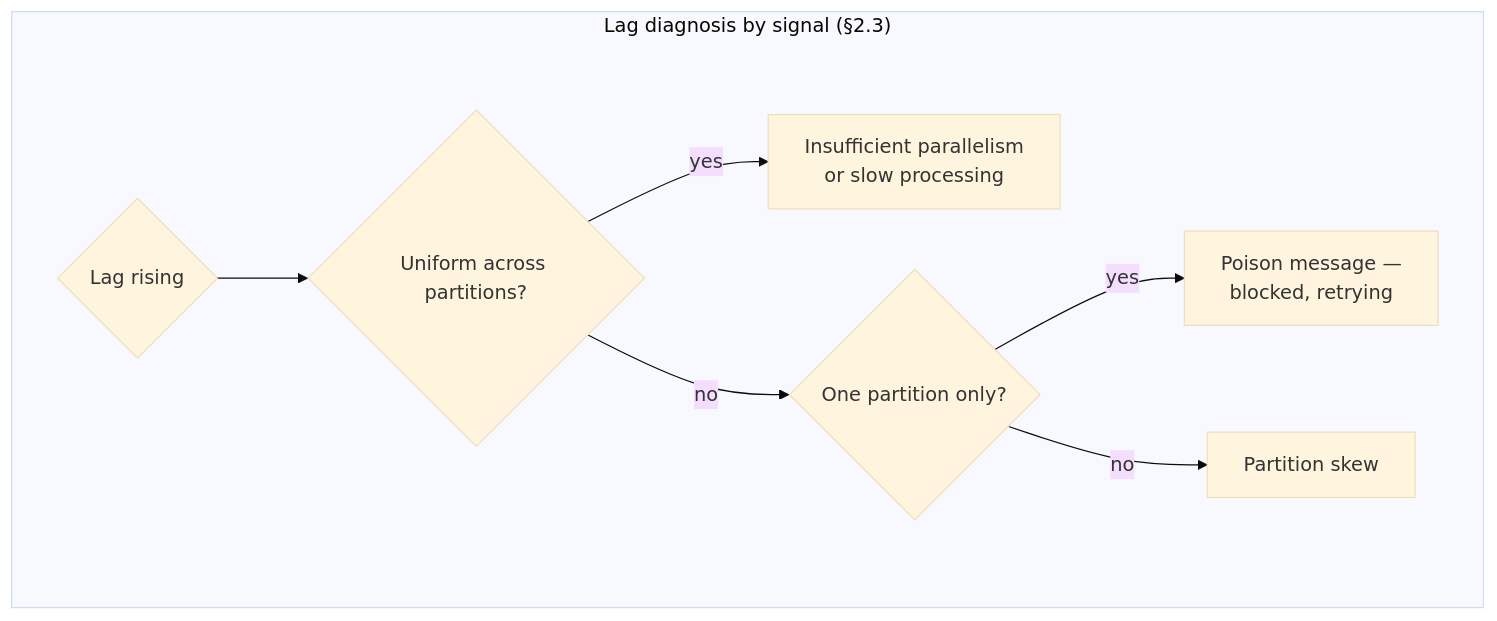
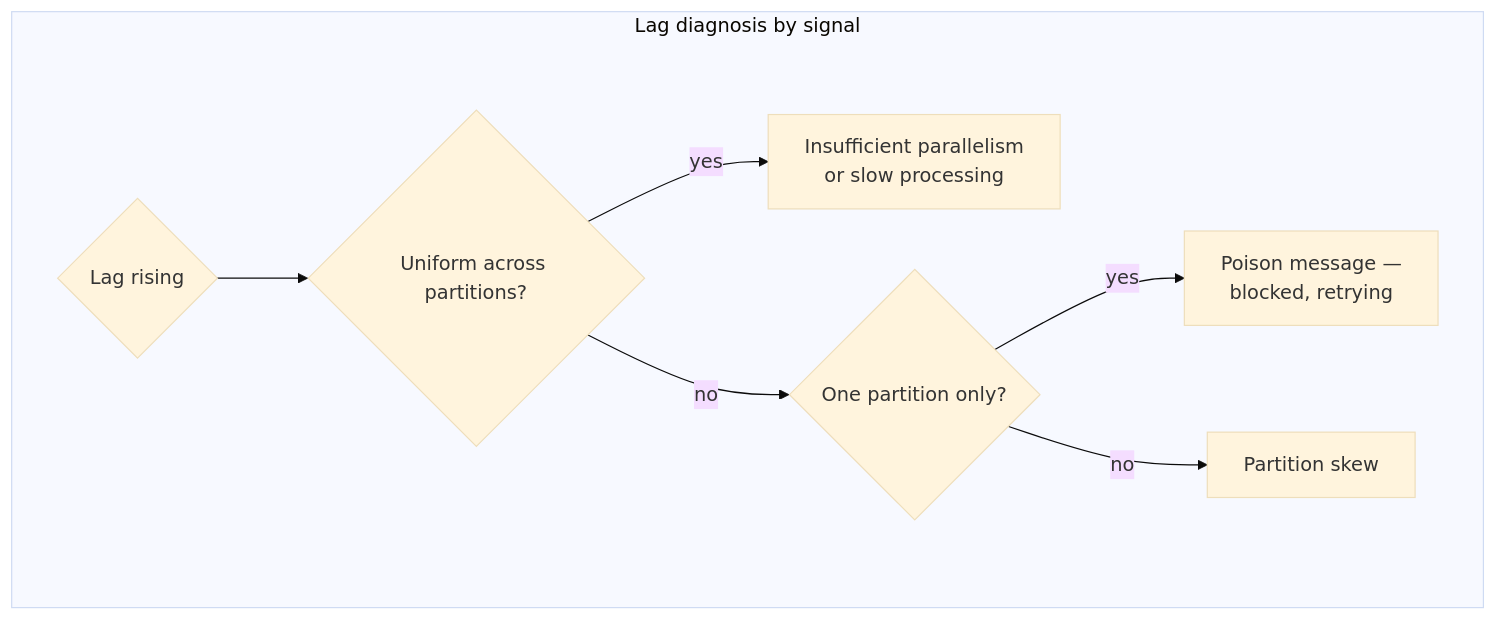
One commit to umashankarp/InterviewQuestions changed the second of 4 diagrams in 18-Event-Driven-Architecture/04-Backpressure-Flow-Control-Consumer-Lag.md. Above: the diagram before and after it, drawn with Mermaid (base theme). The commit also changed other lines of this file and 173 other files, not shown here.

````diff
--- a/18-Event-Driven-Architecture/04-Backpressure-Flow-Control-Consumer-Lag.md
+++ b/18-Event-Driven-Architecture/04-Backpressure-Flow-Control-Consumer-Lag.md
@@ -81,10 +81,10 @@
 ```mermaid
 graph TB
-    subgraph "Lag diagnosis by signal (§2.3)"
-        L{Lag rising} --> U{Uniform across partitions?}
-        U -->|yes| S1[Insufficient parallelism<br/>or slow processing]
-        U -->|no| S2{One partition only?}
-        S2 -->|yes| P1[Poison message —<br/>blocked, retrying]
-        S2 -->|no| P2[Partition skew]
-    end
+ subgraph "Lag diagnosis by signal"
+ L{Lag rising} --> U{Uniform across partitions?}
+ U -->|yes| S1[Insufficient parallelism<br/>or slow processing]
+ U -->|no| S2{One partition only?}
+ S2 -->|yes| P1[Poison message —<br/>blocked, retrying]
+ S2 -->|no| P2[Partition skew]
+ end
 ```
````
